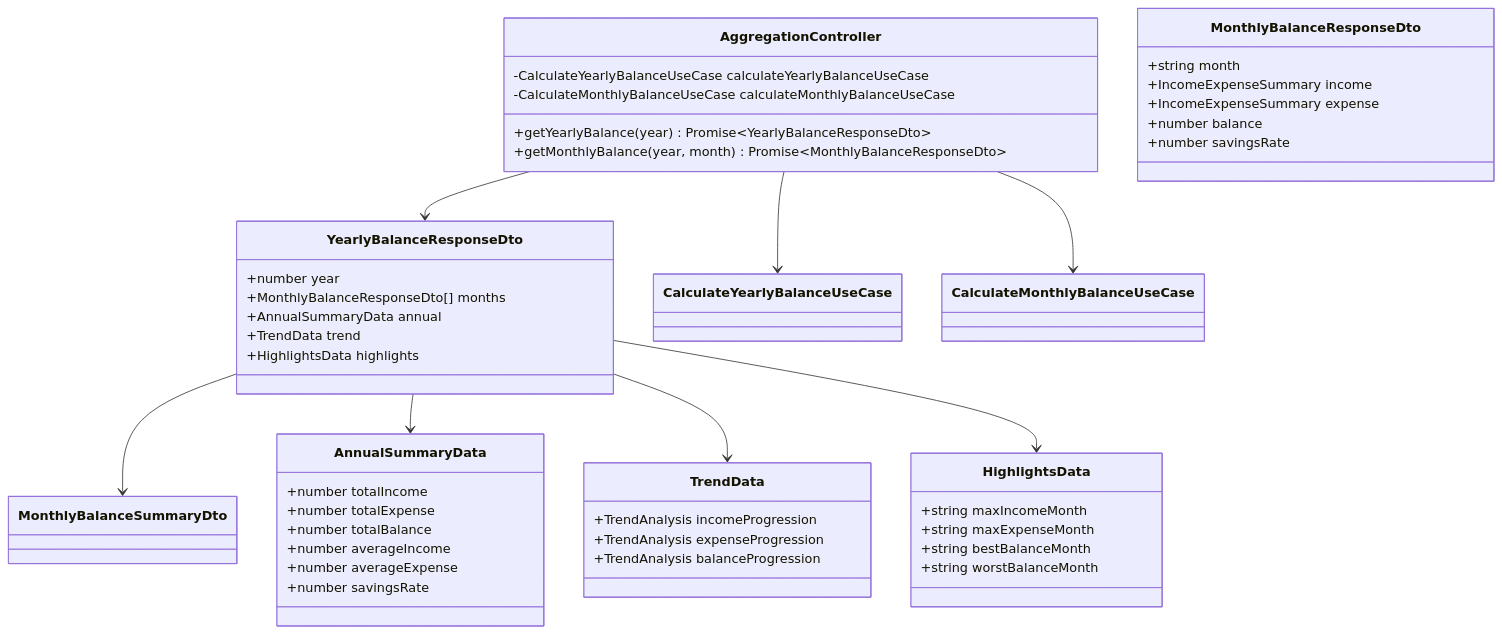
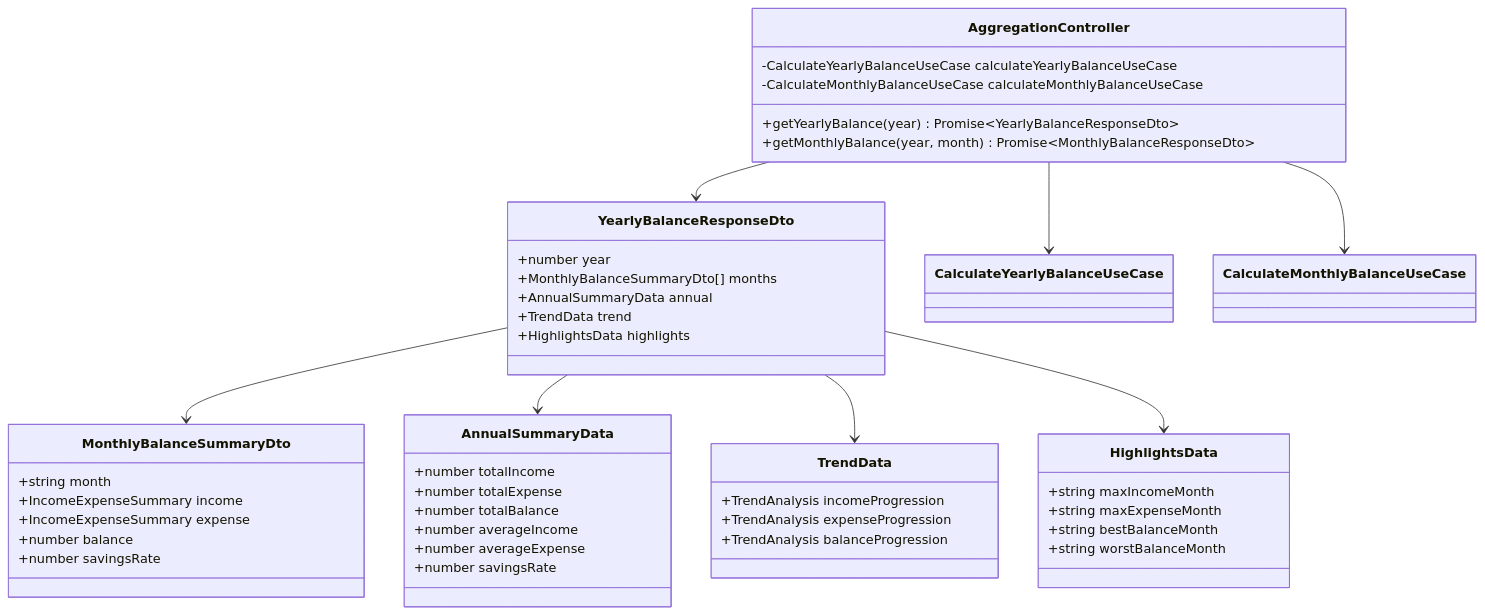
Before and after one commit to kencom2400/account-book: the fourth of 4 diagrams in docs/detailed-design/FR-020_yearly-balance-aggregation/class-diagrams.md, drawn with Mermaid.

Commit message:
docs: クラス図のPresentation層のMonthlyBalanceResponseDtoをMonthlyBalanceSummaryDtoに修正（最終版）
Presentation層のクラス図で、年間集計用のMonthlyBalanceResponseDtoをMonthlyBalanceSummaryDtoに変更して、設計の一貫性を確保

````diff
--- a/docs/detailed-design/FR-020_yearly-balance-aggregation/class-diagrams.md
+++ b/docs/detailed-design/FR-020_yearly-balance-aggregation/class-diagrams.md
@@ -331,55 +331,55 @@
 ```mermaid
 classDiagram
     class AggregationController {
         -CalculateYearlyBalanceUseCase calculateYearlyBalanceUseCase
         -CalculateMonthlyBalanceUseCase calculateMonthlyBalanceUseCase
         +getYearlyBalance(year) Promise~YearlyBalanceResponseDto~
         +getMonthlyBalance(year, month) Promise~MonthlyBalanceResponseDto~
     }
 
     class YearlyBalanceResponseDto {
         +number year
-        +MonthlyBalanceResponseDto[] months
+        +MonthlyBalanceSummaryDto[] months
         +AnnualSummaryData annual
         +TrendData trend
         +HighlightsData highlights
     }
 
-    class MonthlyBalanceResponseDto {
+    class MonthlyBalanceSummaryDto {
         +string month
         +IncomeExpenseSummary income
         +IncomeExpenseSummary expense
         +number balance
         +number savingsRate
     }
 
     class AnnualSummaryData {
         +number totalIncome
         +number totalExpense
         +number totalBalance
         +number averageIncome
         +number averageExpense
         +number savingsRate
     }
 
     class TrendData {
         +TrendAnalysis incomeProgression
         +TrendAnalysis expenseProgression
         +TrendAnalysis balanceProgression
     }
 
     class HighlightsData {
         +string maxIncomeMonth
         +string maxExpenseMonth
         +string bestBalanceMonth
         +string worstBalanceMonth
     }
 
     AggregationController --> CalculateYearlyBalanceUseCase
     AggregationController --> CalculateMonthlyBalanceUseCase
     AggregationController --> YearlyBalanceResponseDto
     YearlyBalanceResponseDto --> MonthlyBalanceSummaryDto
     YearlyBalanceResponseDto --> AnnualSummaryData
     YearlyBalanceResponseDto --> TrendData
     YearlyBalanceResponseDto --> HighlightsData
 ```
````
